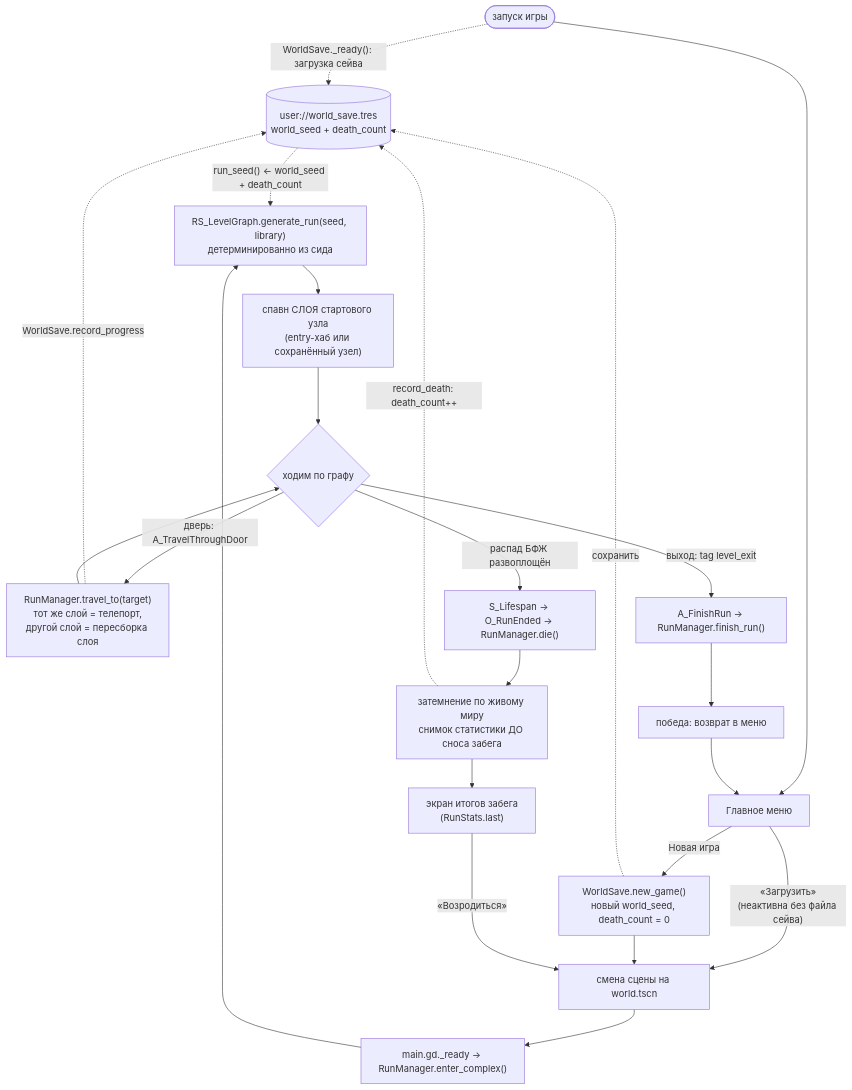
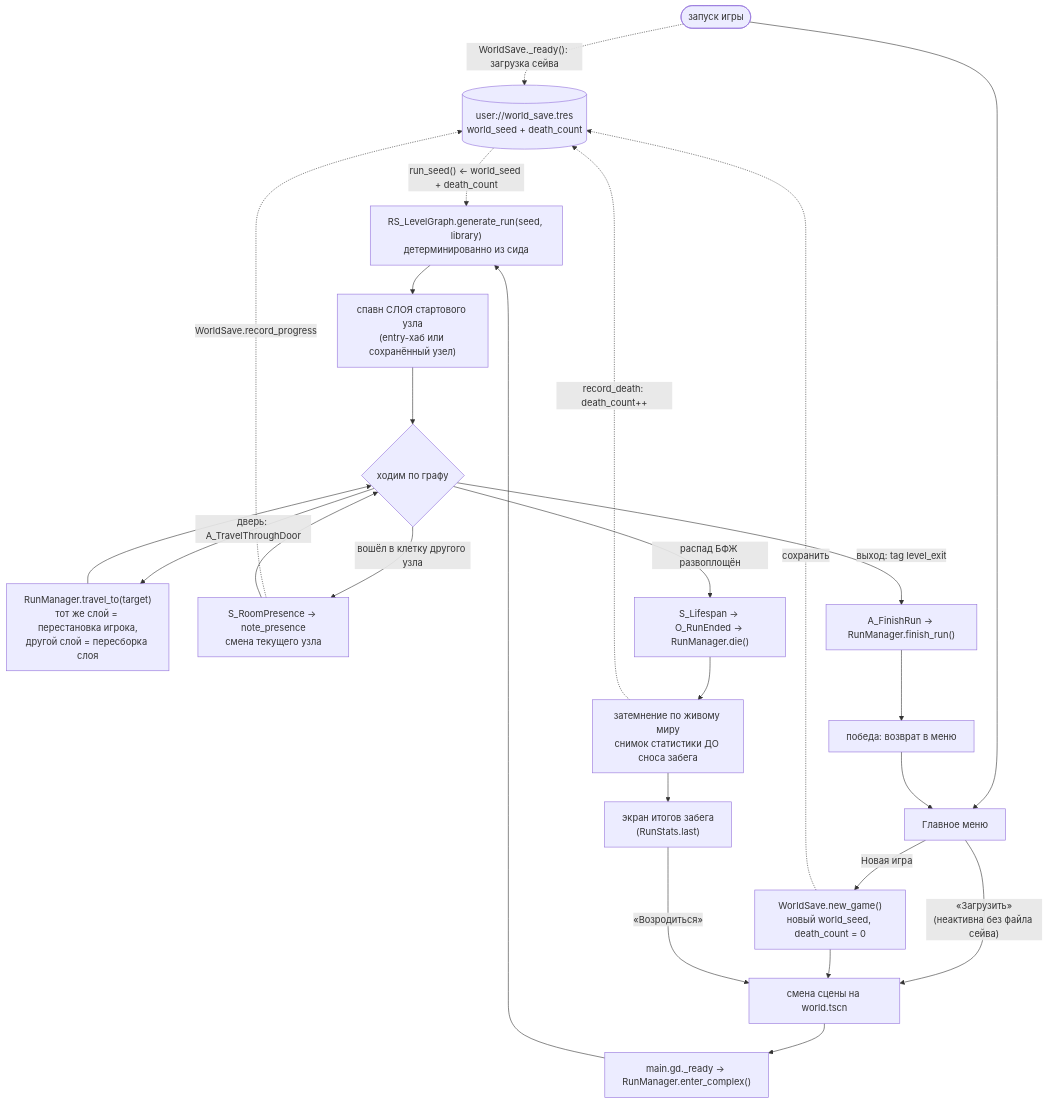
Before and after one commit to Manshooo/astral-genesis: the diagram in docs/astral-genesis/how-to/Цикл забега.md, drawn with Mermaid. The commit also changed other lines of this file and 10 other files, not shown here.

````diff
--- a/docs/astral-genesis/how-to/Цикл забега.md
+++ b/docs/astral-genesis/how-to/Цикл забега.md
@@ -8,32 +8,34 @@
 ```mermaid
 flowchart TD
     save[("user://world_save.tres<br/>world_seed + death_count")]
 
     boot(["запуск игры"]) --> menu["Главное меню"]
     boot -.->|"WorldSave._ready(): загрузка сейва"| save
 
     menu -->|"Новая игра"| newgame["WorldSave.new_game()<br/>новый world_seed, death_count = 0"]
     newgame -.->|"сохранить"| save
     menu -->|"«Загрузить»<br/>(неактивна без файла сейва)"| scene
 
     newgame --> scene["смена сцены на world.tscn"]
     scene --> ready["main.gd._ready → RunManager.enter_complex()"]
     save -.->|"run_seed() ← world_seed + death_count"| gen
     ready --> gen["RS_LevelGraph.generate_run(seed, library)<br/>детерминированно из сида"]
     gen --> spawn["спавн СЛОЯ стартового узла<br/>(entry-хаб или сохранённый узел)"]
     spawn --> loop{"ходим по графу"}
 
-    loop -->|"дверь: A_TravelThroughDoor"| travel["RunManager.travel_to(target)<br/>тот же слой = телепорт,<br/>другой слой = пересборка слоя"]
-    travel -.->|"WorldSave.record_progress"| save
+    loop -->|"дверь: A_TravelThroughDoor"| travel["RunManager.travel_to(target)<br/>тот же слой = перестановка игрока,<br/>другой слой = пересборка слоя"]
     travel --> loop
+    loop -->|"вошёл в клетку другого узла"| presence["S_RoomPresence → note_presence<br/>смена текущего узла"]
+    presence -.->|"WorldSave.record_progress"| save
+    presence --> loop
 
     loop -->|"выход: tag level_exit"| finish["A_FinishRun → RunManager.finish_run()"]
     finish --> win["победа: возврат в меню"]
     win --> menu
 
     loop -->|"распад БФЖ развоплощён"| death["S_Lifespan → O_RunEnded → RunManager.die()"]
     death --> fade["затемнение по живому миру<br/>снимок статистики ДО сноса забега"]
     fade -.->|"record_death: death_count++"| save
     fade --> summary["экран итогов забега<br/>(RunStats.last)"]
     summary -->|"«Возродиться»"| scene
 ```
````
